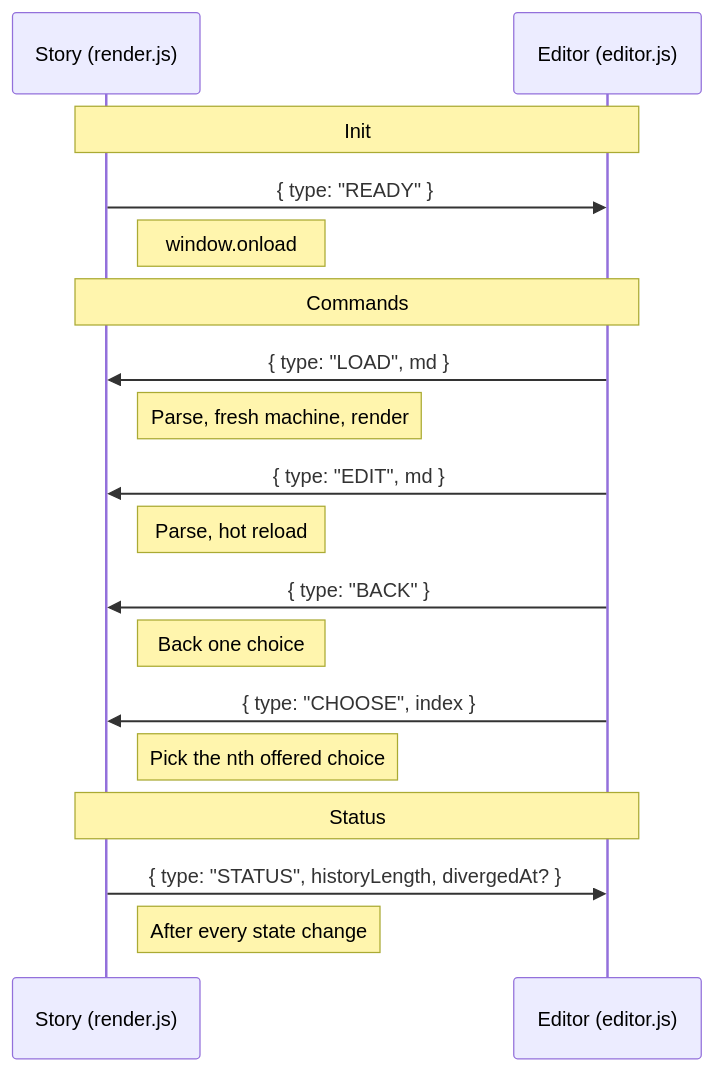
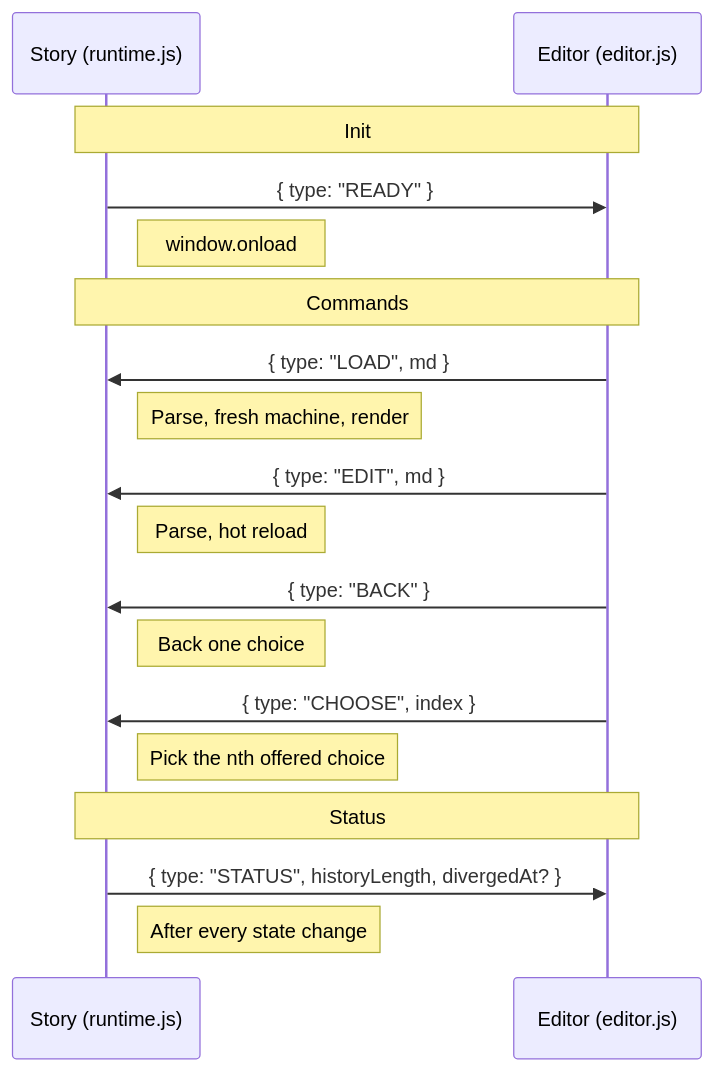
One commit to dariusf/fable changed the diagram in docs.md. Above: the diagram before and after it, drawn with Mermaid. The commit also changed other lines of this file, not shown here.

````diff
--- a/docs.md
+++ b/docs.md
@@ -468,26 +612,26 @@
 ```mermaid
 sequenceDiagram
-    participant S as Story (render.js)
+    participant S as Story (runtime.js)
     participant E as Editor (editor.js)
 
     Note over E, S: Init
     S->>E: { type: "READY" }
     Note right of S: window.onload
 
     Note over E, S: Commands
     E->>S: { type: "LOAD", md }
     Note right of S: Parse, fresh machine, render
 
     E->>S: { type: "EDIT", md }
     Note right of S: Parse, hot reload
 
     E->>S: { type: "BACK" }
     Note right of S: Back one choice
 
     E->>S: { type: "CHOOSE", index }
     Note right of S: Pick the nth offered choice
 
     Note over E, S: Status
     S->>E: { type: "STATUS", historyLength, divergedAt? }
     Note right of S: After every state change
 ```
````
